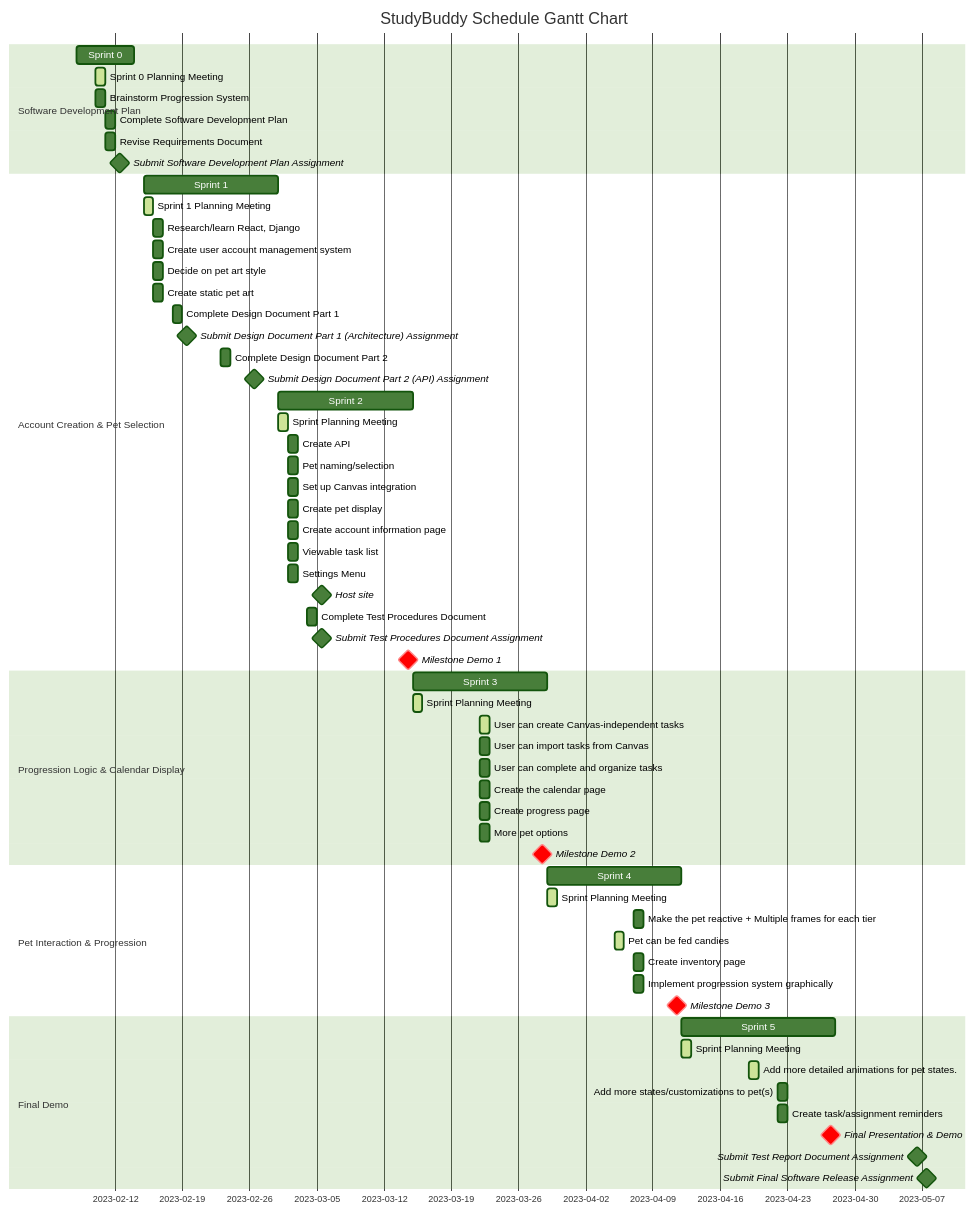
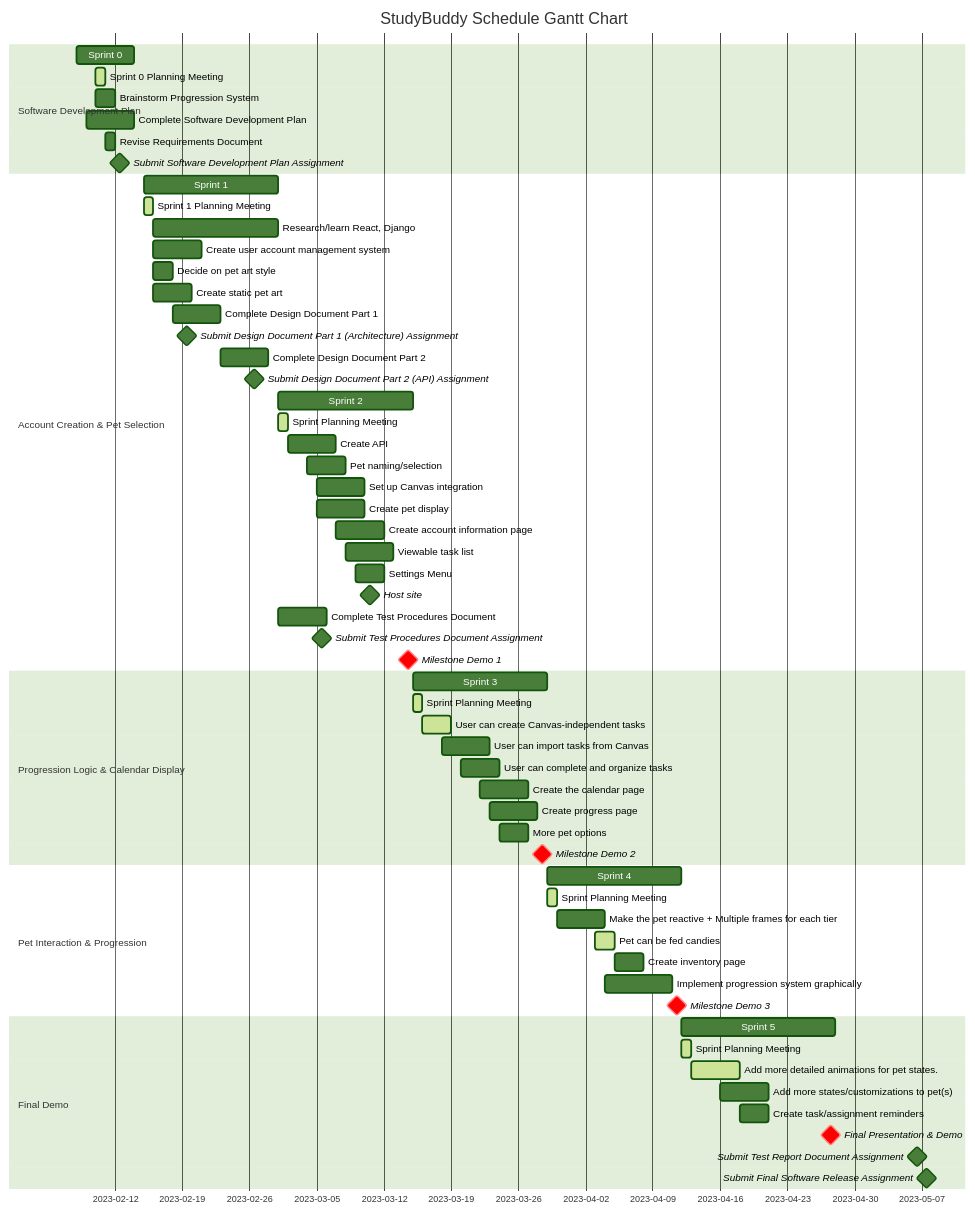
Before and after one commit to Capstone-Projects-2023-Spring/project-virtual-pet: the diagram in documentation/docs/development-plan/schedule.md, drawn with Mermaid (forest theme).

Commit message:
Update feature completion times in Gantt chart

```diff
--- a/documentation/docs/development-plan/schedule.md
+++ b/documentation/docs/development-plan/schedule.md
@@ -16,9 +16,9 @@
         section Software Development Plan
         Sprint 0 Planning Meeting: active, 2023-02-10, 1d
         section Software Development Plan
-        Brainstorm Progression System: , 2023-02-10, 1d
+        Brainstorm Progression System: , 2023-02-10, 2d
         section Software Development Plan
-        Complete Software Development Plan: , 2023-02-11, 1d
+        Complete Software Development Plan: , 2023-02-09, 5d
         section Software Development Plan
         Revise Requirements Document: , 2023-02-11, 1d
         section Software Development Plan
@@ -29,19 +29,19 @@
         section Account Creation & Pet Selection
         Sprint 1 Planning Meeting: active, 2023-02-15, 1d
         section Account Creation & Pet Selection
-        Research/learn React, Django:  , 2023-02-16, 1d
+        Research/learn React, Django:  , 2023-02-16, 13d
         section Account Creation & Pet Selection
-        Create user account management system:  , 2023-02-16, 1d
+        Create user account management system:  , 2023-02-16, 5d
         section Account Creation & Pet Selection
-        Decide on pet art style:  , 2023-02-16, 1d
+        Decide on pet art style:  , 2023-02-16, 2d
         section Account Creation & Pet Selection
-        Create static pet art:  , 2023-02-16, 1d
+        Create static pet art:  , 2023-02-16, 4d
         section Account Creation & Pet Selection
-        Complete Design Document Part 1:  , 2023-02-18, 1d
+        Complete Design Document Part 1:  , 2023-02-18, 5d
         section Account Creation & Pet Selection
         Submit Design Document Part 1 (Architecture) Assignment: milestone, , 2023-02-19, 1d
         section Account Creation & Pet Selection
-        Complete Design Document Part 2:  , 2023-02-23, 1d
+        Complete Design Document Part 2:  , 2023-02-23, 5d
         section Account Creation & Pet Selection
         Submit Design Document Part 2 (API) Assignment: milestone, , 2023-02-26, 1d
 
@@ -51,23 +51,23 @@
         section Account Creation & Pet Selection
         Sprint Planning Meeting: active, 2023-03-01, 1d
         section Account Creation & Pet Selection
-        Create API : , 2023-03-02, 1d
+        Create API: , 2023-03-02, 5d
         section Account Creation & Pet Selection
-        Pet naming/selection: , 2023-03-02, 1d
+        Pet naming/selection: , 2023-03-04, 4d
         section Account Creation & Pet Selection
-        Set up Canvas integration: , 2023-03-02, 1d
+        Set up Canvas integration: , 2023-03-05, 5d
         section Account Creation & Pet Selection
-        Create pet display : , 2023-03-02, 1d
+        Create pet display : , 2023-03-05, 5d
         section Account Creation & Pet Selection
-        Create account information page : , 2023-03-02, 1d
+        Create account information page : , 2023-03-07, 5d
         section Account Creation & Pet Selection
-        Viewable task list : , 2023-03-02, 1d
+        Viewable task list : , 2023-03-08, 5d
         section Account Creation & Pet Selection
-        Settings Menu : , 2023-03-02, 1d
+        Settings Menu : , 2023-03-09, 3d
         section Account Creation & Pet Selection
-        Host site: milestone, , 2023-03-05, 1d
+        Host site: milestone, , 2023-03-09, 3d
         section Account Creation & Pet Selection
-        Complete Test Procedures Document: , 2023-03-04, 1d
+        Complete Test Procedures Document: , 2023-03-01, 5d
         section Account Creation & Pet Selection
         Submit Test Procedures Document Assignment: milestone, , 2023-03-05, 1d
         section Account Creation & Pet Selection
@@ -78,17 +78,17 @@
         section Progression Logic & Calendar Display
         Sprint Planning Meeting: active , 2023-03-15, 1d
         section Progression Logic & Calendar Display
-        User can create Canvas-independent tasks: active , 2023-03-22, 1d
+        User can create Canvas-independent tasks: active , 2023-03-16, 3d
         section Progression Logic & Calendar Display
-        User can import tasks from Canvas: , 2023-03-22, 1d
+        User can import tasks from Canvas: , 2023-03-18, 5d
         section Progression Logic & Calendar Display
-        User can complete and organize tasks: , 2023-03-22, 1d
+        User can complete and organize tasks: , 2023-03-20, 4d
         section Progression Logic & Calendar Display
-        Create the calendar page: , 2023-03-22, 1d
+        Create the calendar page: , 2023-03-22, 5d
         section Progression Logic & Calendar Display
-        Create progress page: , 2023-03-22, 1d
+        Create progress page: , 2023-03-23, 5d
         section Progression Logic & Calendar Display
-        More pet options: , 2023-03-22, 1d
+        More pet options: , 2023-03-24, 3d
         section Progression Logic & Calendar Display
         Milestone Demo 2 :crit, milestone,  , 2023-03-28, 1d
 
@@ -98,13 +98,13 @@
         section Pet Interaction & Progression
         Sprint Planning Meeting: active , 2023-03-29, 1d
         section Pet Interaction & Progression
-        Make the pet reactive + Multiple frames for each tier: , 2023-04-07, 1d
+        Make the pet reactive + Multiple frames for each tier: , 2023-03-30, 5d
         section Pet Interaction & Progression
-        Pet can be fed candies: active , 2023-04-05, 1d
+        Pet can be fed candies: active , 2023-04-03, 2d
         section Pet Interaction & Progression
-        Create inventory page: , 2023-04-07, 1d
+        Create inventory page: , 2023-04-05, 3d
         section Pet Interaction & Progression
-        Implement progression system graphically: , 2023-04-07, 1d
+        Implement progression system graphically: , 2023-04-04, 1w
         section Pet Interaction & Progression
         Milestone Demo 3 :crit, milestone,  , 2023-04-11, 1d
 
@@ -113,11 +113,11 @@
         section Final Demo
         Sprint Planning Meeting: active , 2023-04-12, 1d
         section Final Demo
-        Add more detailed animations for pet states.: active , 2023-04-19, 1d
+        Add more detailed animations for pet states.: active , 2023-04-13, 5d
         section Final Demo
-        Add more states/customizations to pet(s): , 2023-04-22, 1d
+        Add more states/customizations to pet(s): , 2023-04-16, 5d
         section Final Demo
-        Create task/assignment reminders:, 2023-04-22, 1d
+        Create task/assignment reminders:, 2023-04-18, 3d
         section Final Demo
         Final Presentation & Demo :crit, milestone,  , 2023-04-27, 1d
         section Final Demo
```
